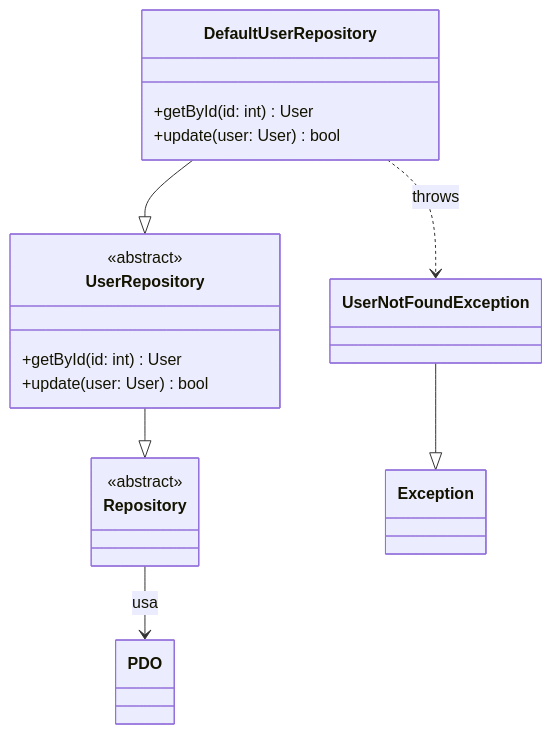
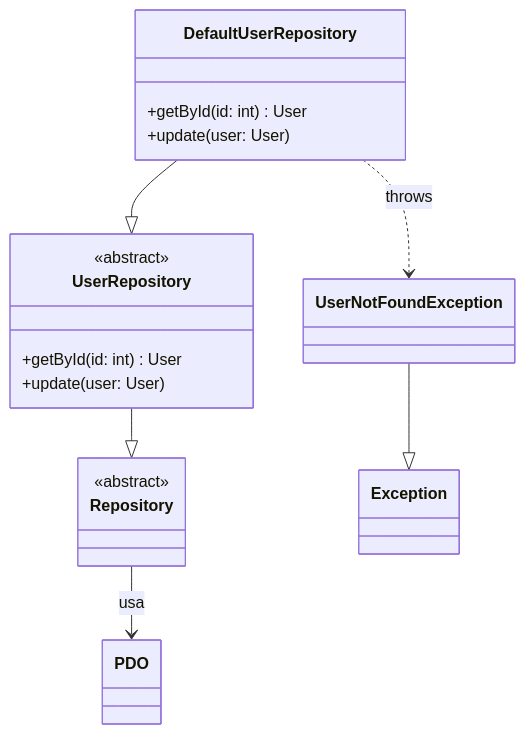
Before and after one commit to mb4dev/progetto-prova: the first of 7 diagrams in documentazione/UC02.md, drawn with Mermaid. The commit also changed other lines of this file and 13 other files, not shown here.

````diff
--- a/documentazione/UC02.md
+++ b/documentazione/UC02.md
@@ -11,28 +11,25 @@
 ```mermaid 
 classDiagram
 
 class Repository {
     <<abstract>>
 }
 
 class UserRepository {
     <<abstract>>
     +getById(id: int) User
-    +update(user: User) bool
+    +update(user: User)
 }
 
 class DefaultUserRepository {
     +getById(id: int) User
-    +update(user: User) bool
-}
-
-class UserNotFoundException {
+    +update(user: User)
 }
 
 UserRepository --|> Repository        
 DefaultUserRepository --|> UserRepository  
 Repository --> PDO : usa
 
 DefaultUserRepository ..> UserNotFoundException : throws
 UserNotFoundException --|> Exception
 ```
````
